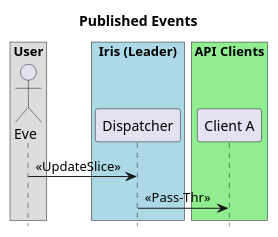
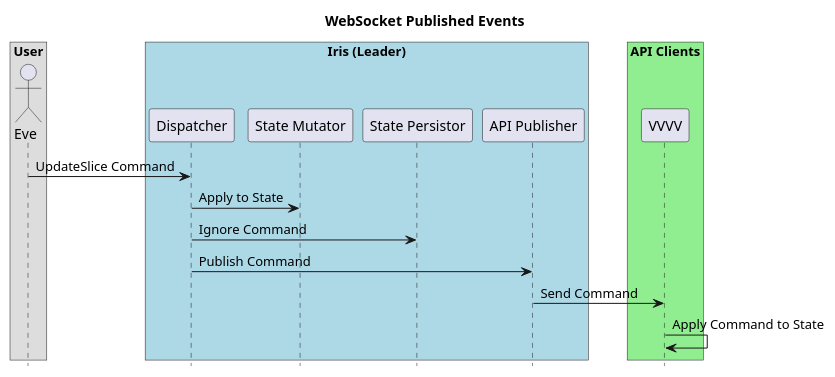
Before and after one commit to dis-co/disco: the third of 5 diagrams in dotnet/docs/diagrams/events.org, drawn with PlantUML. The commit also changed other lines of this file and 10 other files, not shown here.

Commit message:
folders for results and untangled plantuml files

```diff
--- a/dotnet/docs/diagrams/events.org
+++ b/dotnet/docs/diagrams/events.org
@@ -89,20 +89,27 @@
-#+BEGIN_SRC plantuml :file published_events.png
-title Published Events
+#+BEGIN_SRC plantuml :file png/websocket_published_events.png :tangle uml/websocket_published_events.plantuml
+title WebSocket Published Events
 
 hide footbox
 
 box "User"
     actor "Eve" as A
 end box
 
 box "Iris (Leader)" #LightBlue
-    participant "Dispatcher" as B
+    participant "Dispatcher"      as B
+    participant "State Mutator"   as C
+    participant "State Persistor" as D
+    participant "API Publisher"   as E
 end box
 
 box "API Clients" #LightGreen
-    participant "Client A" as C
+    participant "VVVV" as F
 end box
 
-A -> B: << UpdateSlice >>
-B -> C: << Pass-Thr >>
+A -> B: UpdateSlice Command
+B -> C: Apply to State
+B -> D: Ignore Command
+B -> E: Publish Command
+E -> F: Send Command
+F -> F: Apply Command to State
 #+END_SRC
```
